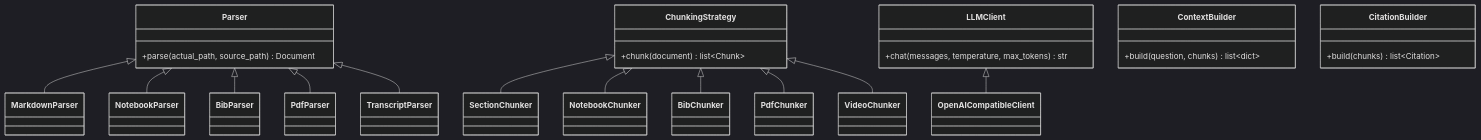
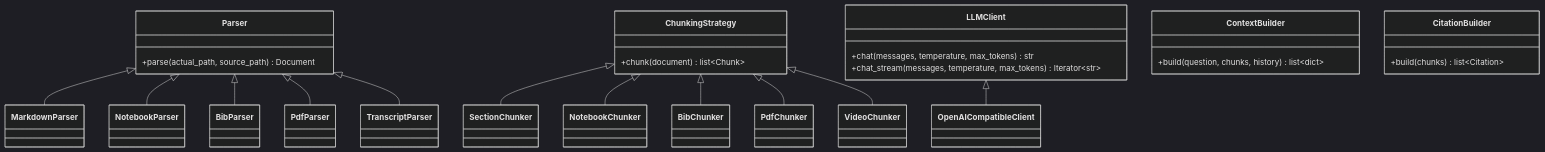
The fifth of 6 diagrams in system-design/architecture_contracts.md (biplovbhandari/earthrise-book-assistant), drawn with Mermaid (dark theme) before and after one commit. The commit also changed other lines of this file and 2 other files, not shown here.

Commit message:
Update architecture docs and README for /chat endpoint and widget

````diff
--- a/system-design/architecture_contracts.md
+++ b/system-design/architecture_contracts.md
@@ -174,34 +174,35 @@
 ```mermaid
 classDiagram
   class Parser {
     +parse(actual_path, source_path) Document
   }
 
   class ChunkingStrategy {
     +chunk(document) list~Chunk~
   }
 
   class LLMClient {
     +chat(messages, temperature, max_tokens) str
+    +chat_stream(messages, temperature, max_tokens) Iterator~str~
   }
 
   class ContextBuilder {
-    +build(question, chunks) list~dict~
+    +build(question, chunks, history) list~dict~
   }
 
   class CitationBuilder {
     +build(chunks) list~Citation~
   }
 
   Parser <|-- MarkdownParser
   Parser <|-- NotebookParser
   Parser <|-- BibParser
   Parser <|-- PdfParser
   Parser <|-- TranscriptParser
   ChunkingStrategy <|-- SectionChunker
   ChunkingStrategy <|-- NotebookChunker
   ChunkingStrategy <|-- BibChunker
   ChunkingStrategy <|-- PdfChunker
   ChunkingStrategy <|-- VideoChunker
   LLMClient <|-- OpenAICompatibleClient
 ```
````
